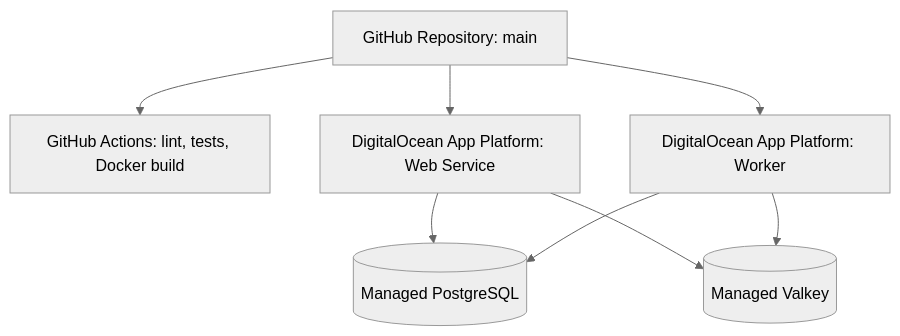
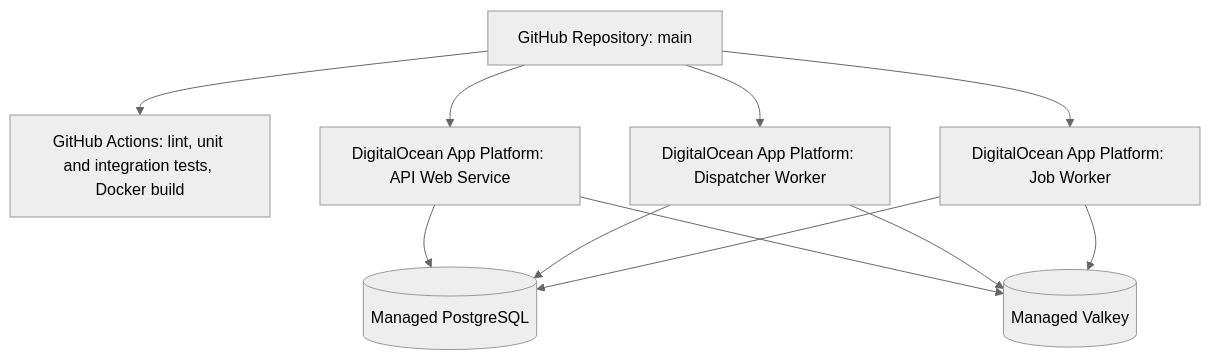
Before and after one commit to karthikgvsk/digitalocean-assignment-jobs-api-1: the second of 4 diagrams in DESIGN.md, drawn with Mermaid (neutral theme). The commit also changed other lines of this file, not shown here.

Commit message:
Document separate deployed API dispatcher and worker components

````diff
--- a/DESIGN.md
+++ b/DESIGN.md
@@ -181,10 +181,13 @@
 ```mermaid
 flowchart TB
-    GH[GitHub Repository: main] --> CI[GitHub Actions: lint, tests, Docker build]
-    GH --> APIAPP[DigitalOcean App Platform: Web Service]
-    GH --> WORKERAPP[DigitalOcean App Platform: Worker]
+    GH[GitHub Repository: main] --> CI[GitHub Actions: lint, unit and integration tests, Docker build]
+    GH --> APIAPP[DigitalOcean App Platform: API Web Service]
+    GH --> DISPATCH[DigitalOcean App Platform: Dispatcher Worker]
+    GH --> WORKERAPP[DigitalOcean App Platform: Job Worker]
     APIAPP --> PG[(Managed PostgreSQL)]
     APIAPP --> VK[(Managed Valkey)]
+    DISPATCH --> PG
+    DISPATCH --> VK
     WORKERAPP --> PG
     WORKERAPP --> VK
 ```
````
